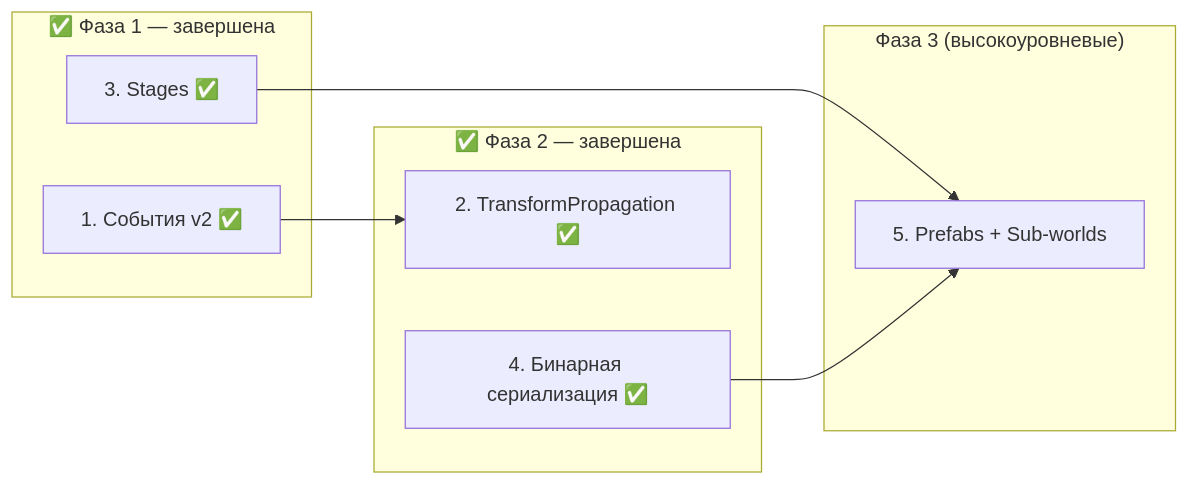
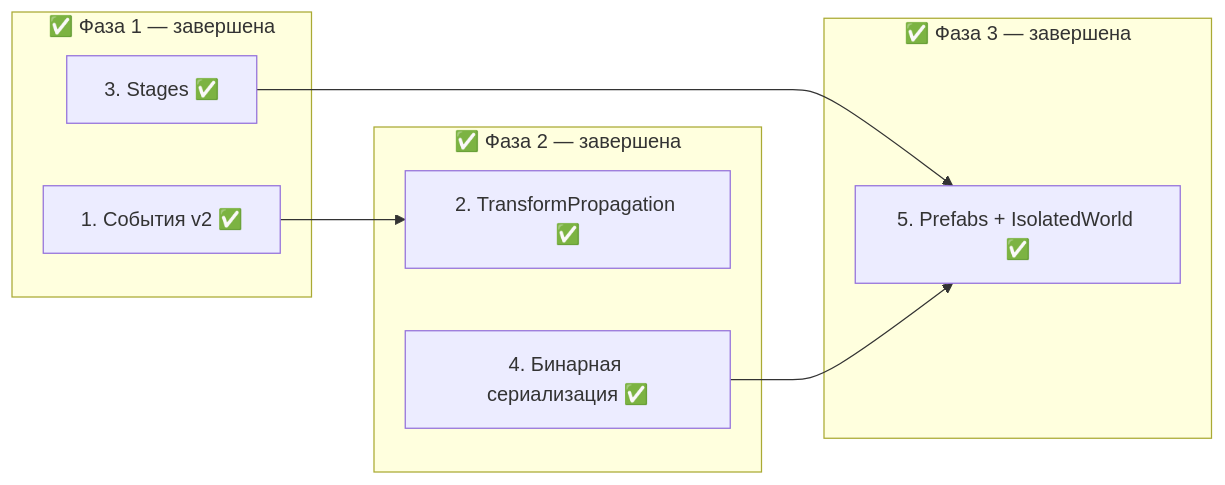
Before and after one commit to StanislavMal/apex-ecs: the second of 2 diagrams in plans/feature_plan.md, drawn with Mermaid. The commit also changed other lines of this file and 4 other files, not shown here.

````diff
--- a/plans/feature_plan.md
+++ b/plans/feature_plan.md
@@ -454,18 +454,18 @@
 ```mermaid
 graph LR
     subgraph "✅ Фаза 1 — завершена"
         A["1. События v2 ✅"]
         C["3. Stages ✅"]
     end
     subgraph "✅ Фаза 2 — завершена"
         B["2. TransformPropagation ✅"]
         D["4. Бинарная сериализация ✅"]
     end
-    subgraph "Фаза 3 (высокоуровневые)"
-        E["5. Prefabs + Sub-worlds"]
+    subgraph "✅ Фаза 3 — завершена"
+        E["5. Prefabs + IsolatedWorld ✅"]
     end
     
     A --> B
     C --> E
     D --> E
 ```
````
